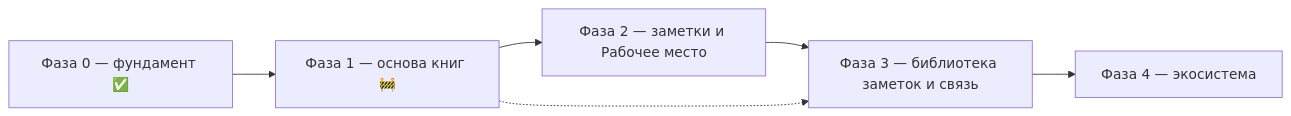
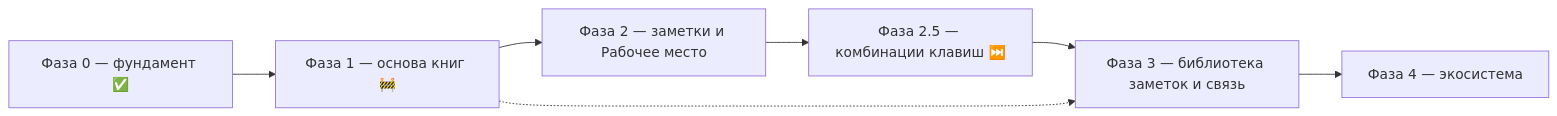
Before and after one commit to jarogor/context-app: the diagram in ROADMAP.md, drawn with Mermaid. The commit also changed other lines of this file and 47 other files, not shown here.

````diff
--- a/ROADMAP.md
+++ b/ROADMAP.md
@@ -180,8 +182,9 @@
 ```mermaid
 flowchart LR
   P0["Фаза 0 — фундамент ✅"] --> P1["Фаза 1 — основа книг 🚧"]
   P1 --> P2["Фаза 2 — заметки и Рабочее место"]
-  P2 --> P3["Фаза 3 — библиотека заметок и связь"]
+  P2 --> P25["Фаза 2.5 — комбинации клавиш ⏭️"]
+  P25 --> P3["Фаза 3 — библиотека заметок и связь"]
   P3 --> P4["Фаза 4 — экосистема"]
   P1 -.-> P3
 ```
````
